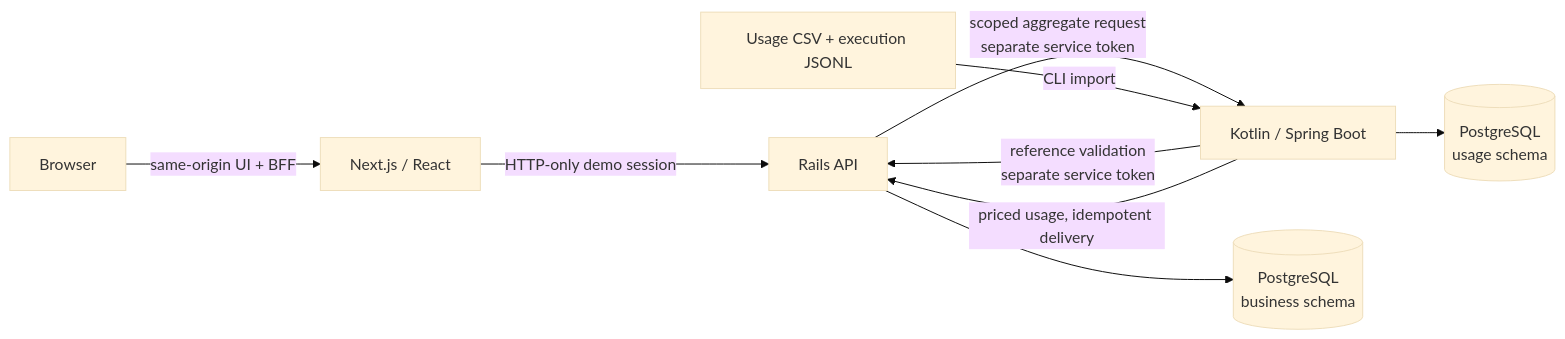
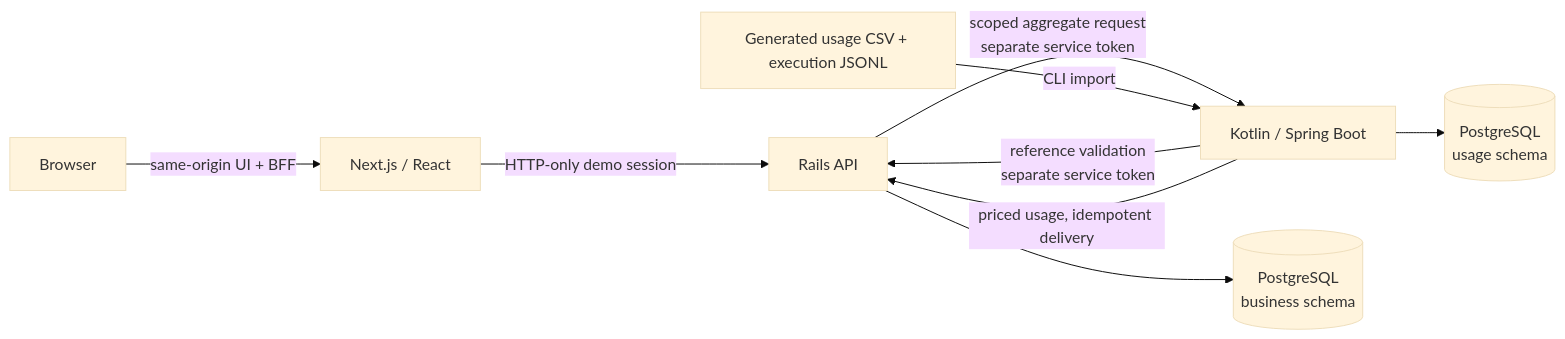
Before and after one commit to aymaanalamgir/tokentrack: the diagram in README.md, drawn with Mermaid (base theme). The commit also changed other lines of this file and 76 other files, not shown here.

````diff
--- a/README.md
+++ b/README.md
@@ -37,11 +37,11 @@
 ```mermaid
 flowchart LR
   Browser[Browser] -->|same-origin UI + BFF| Web[Next.js / React]
   Web -->|HTTP-only demo session| Rails[Rails API]
   Rails -->|scoped aggregate request<br/>separate service token| Kotlin[Kotlin / Spring Boot]
   Kotlin -->|reference validation<br/>separate service token| Rails
-  Fixtures[Usage CSV + execution JSONL] -->|CLI import| Kotlin
+  Generator[Generated usage CSV + execution JSONL] -->|CLI import| Kotlin
   Kotlin -->|priced usage, idempotent delivery| Rails
   Rails --> Business[(PostgreSQL<br/>business schema)]
   Kotlin --> Usage[(PostgreSQL<br/>usage schema)]
 ```
````
